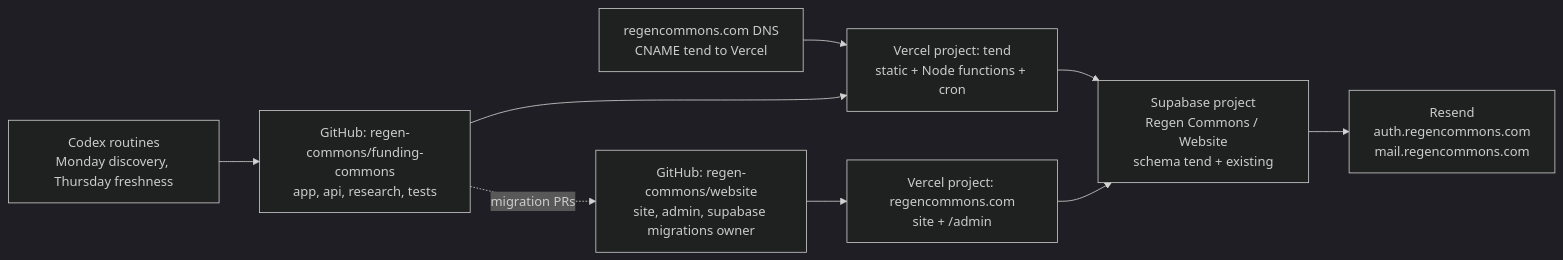
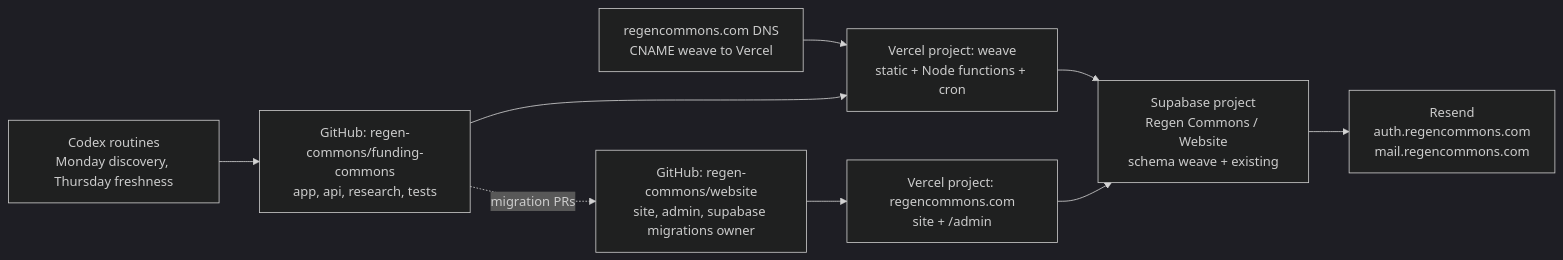
The seventh of 7 diagrams in docs/platform/03-logical-architecture.md (regen-commons/funding-commons), drawn with Mermaid (dark theme) before and after one commit. The commit also changed other lines of this file and 23 other files, not shown here.

````diff
--- a/docs/platform/03-logical-architecture.md
+++ b/docs/platform/03-logical-architecture.md
@@ -243,11 +243,11 @@
 ```mermaid
 flowchart LR
-  DNS[regencommons.com DNS<br/>CNAME tend to Vercel] --> V[Vercel project: tend<br/>static + Node functions + cron]
-  V --> SB[Supabase project<br/>Regen Commons / Website<br/>schema tend + existing]
+  DNS[regencommons.com DNS<br/>CNAME weave to Vercel] --> V[Vercel project: weave<br/>static + Node functions + cron]
+  V --> SB[Supabase project<br/>Regen Commons / Website<br/>schema weave + existing]
   SB --> RS[Resend<br/>auth.regencommons.com<br/>mail.regencommons.com]
   RC[Vercel project: regencommons.com<br/>site + /admin] --> SB
   GH[GitHub: regen-commons/funding-commons<br/>app, api, research, tests] --> V
   GH2[GitHub: regen-commons/website<br/>site, admin, supabase migrations owner] --> RC
   GH -. migration PRs .-> GH2
   CX[Codex routines<br/>Monday discovery, Thursday freshness] --> GH
 ```
````
